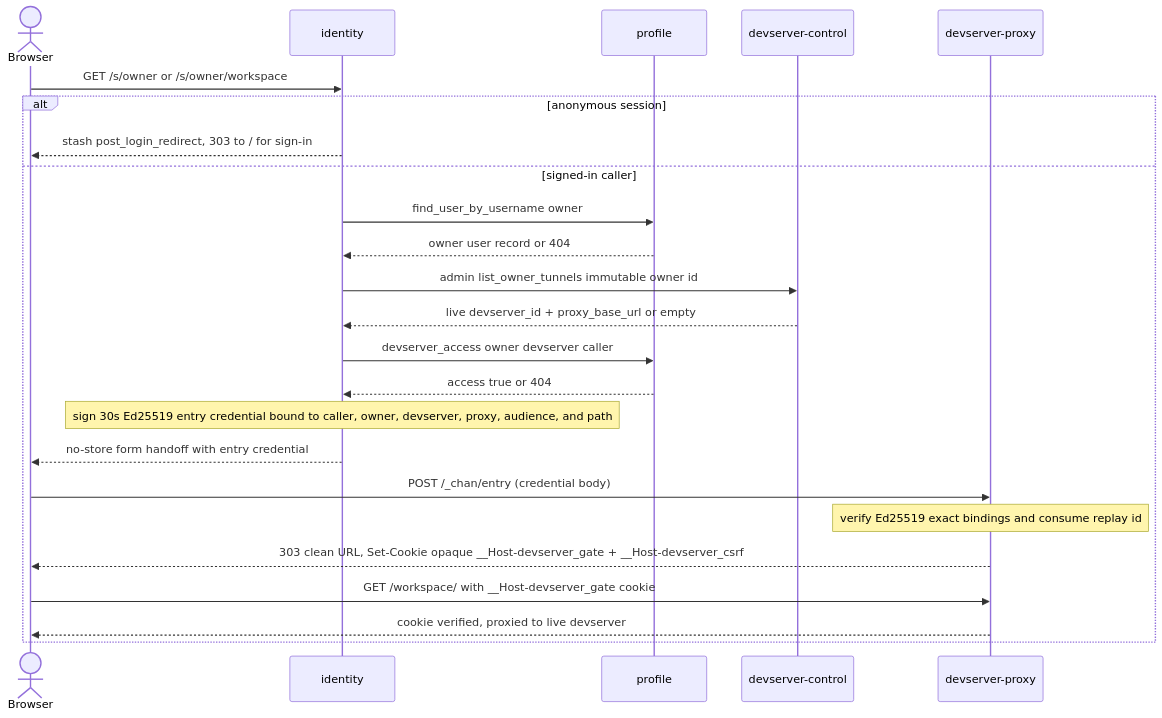
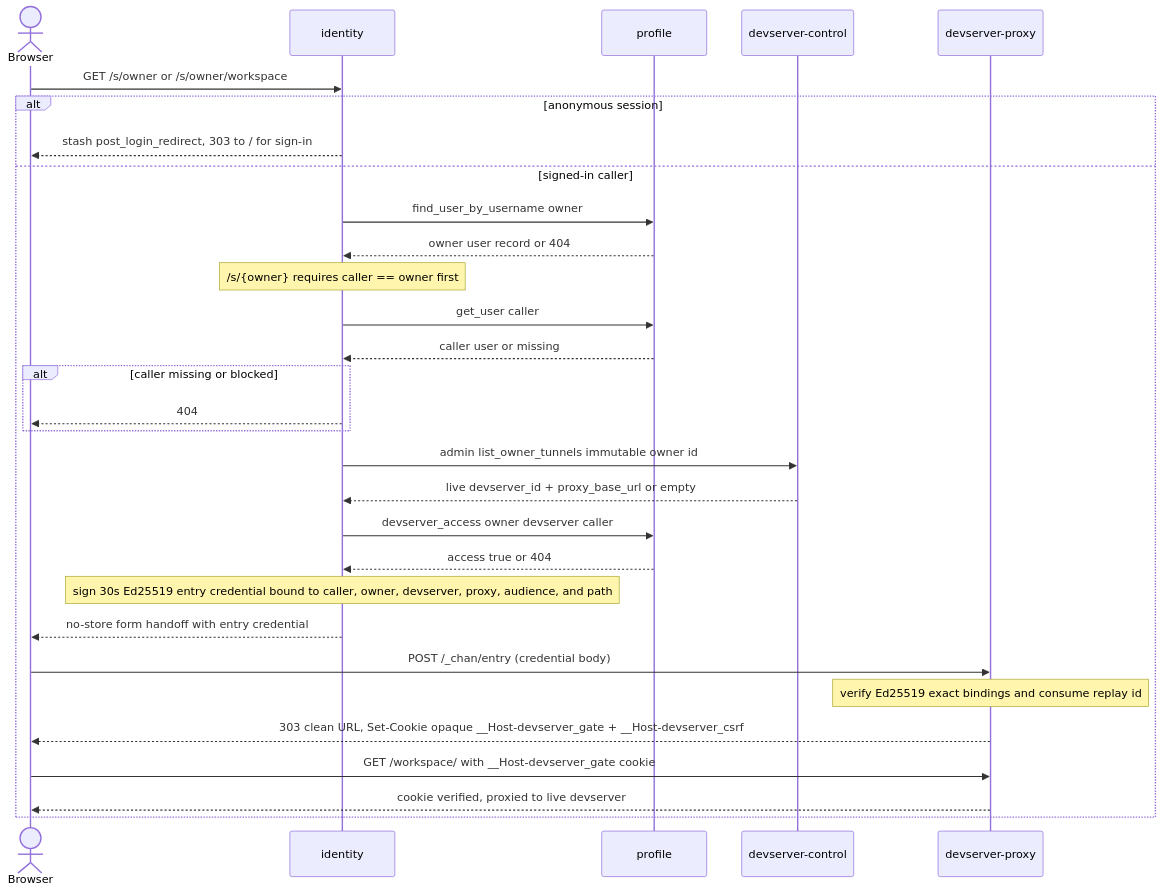
One commit to fiorix/chan changed the second of 2 diagrams in gateway/crates/identity/design.md. Above: the diagram before and after it, drawn with Mermaid. The commit also changed other lines of this file and 1 other file, not shown here.

Commit message:
docs(identity): complete the share landing flow
Show caller resolution and refusal in the mint diagram and share steps.
Name both handler routes and limit the redirect stash description to
anonymous sessions.

````diff
--- a/gateway/crates/identity/design.md
+++ b/gateway/crates/identity/design.md
@@ -146,27 +146,33 @@
 ```mermaid
 sequenceDiagram
     actor Browser
     participant ID as identity
     participant Profile as profile
     participant Control as devserver-control
     participant Proxy as devserver-proxy
 
     Browser->>ID: GET /s/owner or /s/owner/workspace
     alt anonymous session
         ID-->>Browser: stash post_login_redirect, 303 to / for sign-in
     else signed-in caller
         ID->>Profile: find_user_by_username owner
         Profile-->>ID: owner user record or 404
+        Note over ID: /s/{owner} requires caller == owner first
+        ID->>Profile: get_user caller
+        Profile-->>ID: caller user or missing
+        alt caller missing or blocked
+            ID-->>Browser: 404
+        end
         ID->>Control: admin list_owner_tunnels immutable owner id
         Control-->>ID: live devserver_id + proxy_base_url or empty
         ID->>Profile: devserver_access owner devserver caller
         Profile-->>ID: access true or 404
         Note over ID: sign 30s Ed25519 entry credential bound to caller, owner, devserver, proxy, audience, and path
         ID-->>Browser: no-store form handoff with entry credential
         Browser->>Proxy: POST /_chan/entry (credential body)
         Note over Proxy: verify Ed25519 exact bindings and consume replay id
         Proxy-->>Browser: 303 clean URL, Set-Cookie opaque __Host-devserver_gate + __Host-devserver_csrf
         Browser->>Proxy: GET /workspace/ with __Host-devserver_gate cookie
         Proxy-->>Browser: cookie verified, proxied to live devserver
     end
 ```
````
